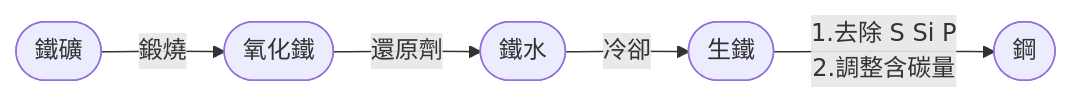
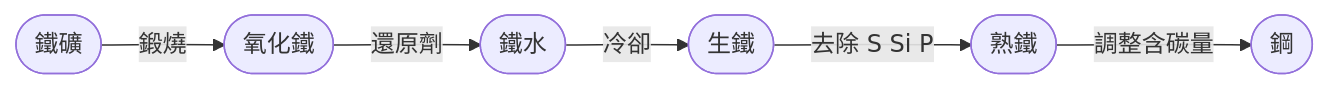
Before and after one commit to 94561-kidd/Chemistry: the second of 2 diagrams in Inorganic-Chemistry.md, drawn with Mermaid. The commit also changed other lines of this file and 1 other file, not shown here.

````diff
--- a/Inorganic-Chemistry.md
+++ b/Inorganic-Chemistry.md
@@ -1050,7 +1050,8 @@
-  ```mermaid
-  graph LR
-  	A([鐵礦]) --> |鍛燒| B([氧化鐵])
-  	B --> |還原劑| C([鐵水])
-  	C --> |冷卻| D([生鐵])
-  	D --> |1.去除 S Si P<br>2.調整含碳量| E([鋼])
-  ```
+```mermaid
+graph LR
+	A([鐵礦]) --> |鍛燒| B([氧化鐵])
+	B --> |還原劑| C([鐵水])
+	C --> |冷卻| D([生鐵])
+	D --> |去除 S Si P| E([熟鐵])
+	E --> |調整含碳量| F([鋼])
+```
````
